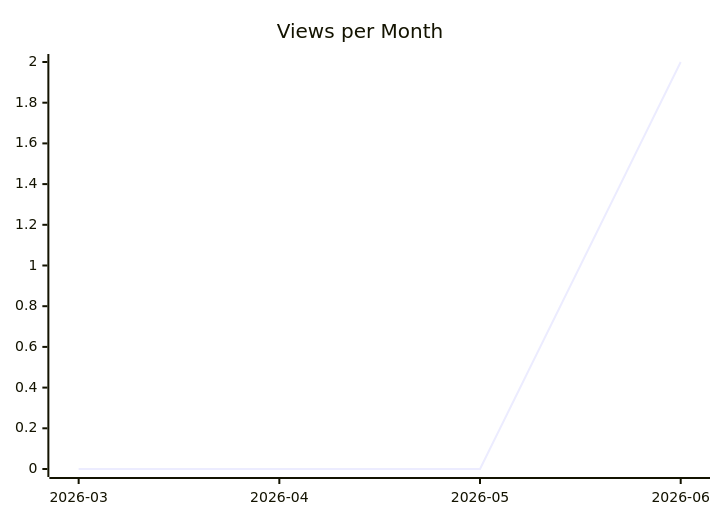
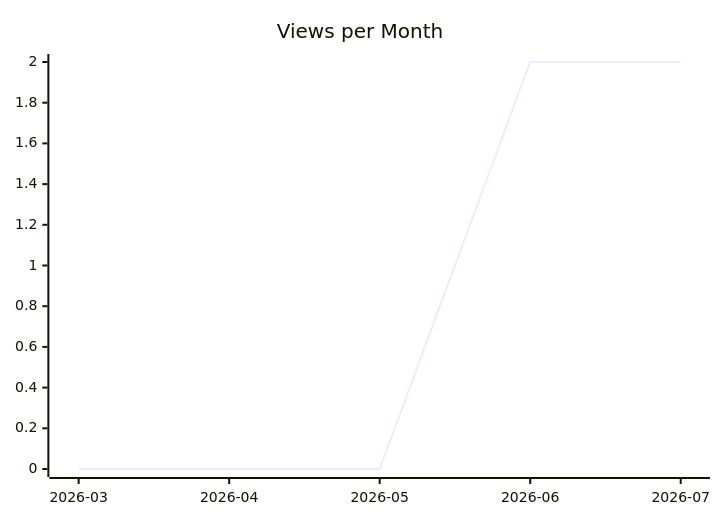
Before and after one commit to justdavis-family/github-analytics-data: the second of 3 diagrams in karlmdavis/dotfiles/README.md, drawn with Mermaid. The commit also changed other lines of this file and 199 other files, not shown here.

````diff
--- a/karlmdavis/dotfiles/README.md
+++ b/karlmdavis/dotfiles/README.md
@@ -12,6 +12,6 @@
 ```mermaid
 xychart-beta
   title "Views per Month"
-  x-axis ["2026-03", "2026-04", "2026-05", "2026-06"]
-  line [0, 0, 0, 2]
+  x-axis ["2026-03", "2026-04", "2026-05", "2026-06", "2026-07"]
+  line [0, 0, 0, 2, 2]
 ```
````
